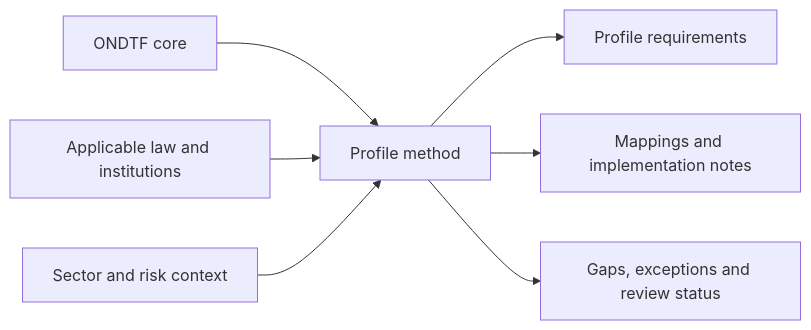
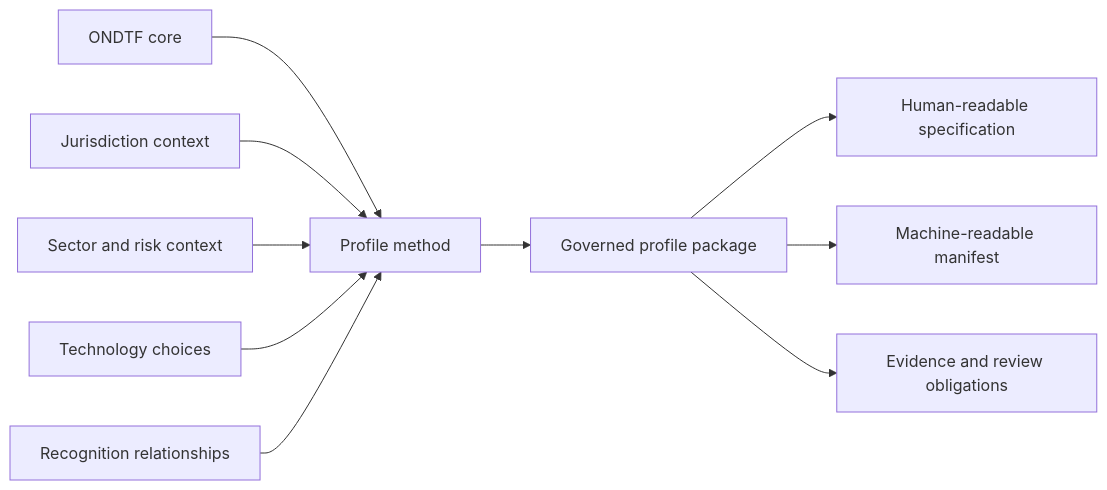
One commit to sankarshanmukhopadhyay/open-national-digital-trust-framework changed the diagram in profiles/index.md. Above: the diagram before and after it, drawn with Mermaid. The commit also changed other lines of this file and 41 other files, not shown here.

````diff
--- a/profiles/index.md
+++ b/profiles/index.md
@@ -12,9 +12,12 @@
 ```mermaid
 flowchart LR
-  C[ONDTF core] --> P[Profile method]
-  L[Applicable law and institutions] --> P
-  S[Sector and risk context] --> P
-  P --> R[Profile requirements]
-  P --> M[Mappings and implementation notes]
-  P --> G[Gaps, exceptions and review status]
+  C[ONDTF core] --> M[Profile method]
+  J[Jurisdiction context] --> M
+  S[Sector and risk context] --> M
+  T[Technology choices] --> M
+  X[Recognition relationships] --> M
+  M --> P[Governed profile package]
+  P --> H[Human-readable specification]
+  P --> R[Machine-readable manifest]
+  P --> E[Evidence and review obligations]
 ```
````
